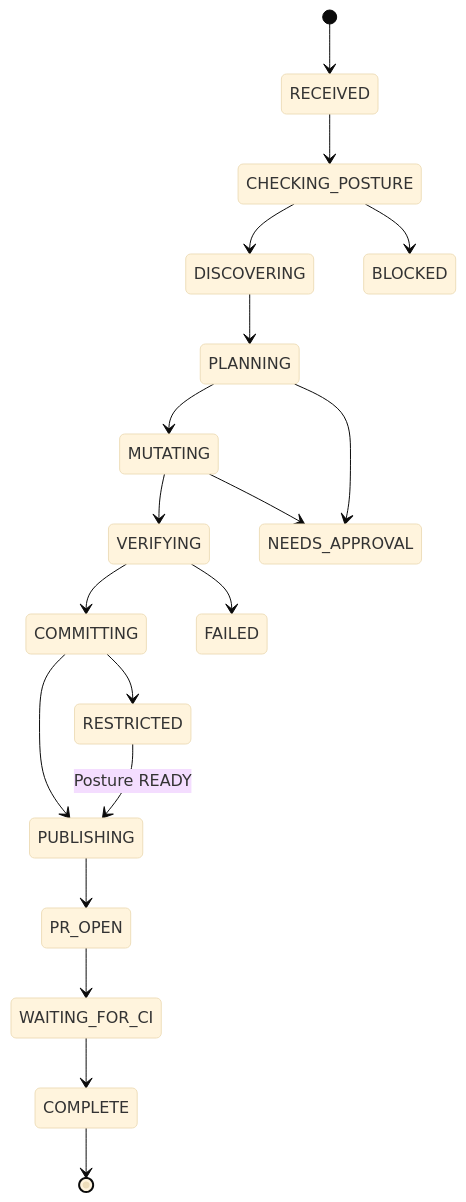
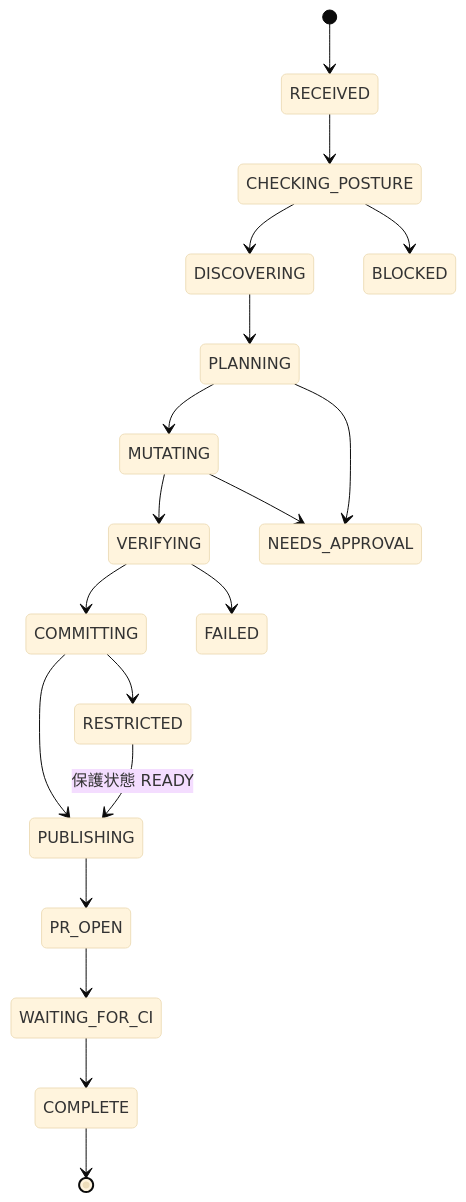
Before and after one commit to tomo-chan/agent-harness: the third of 4 diagrams in docs/ja/01-architecture.md, drawn with Mermaid (base theme). The commit also changed other lines of this file, not shown here.

````diff
--- a/docs/ja/01-architecture.md
+++ b/docs/ja/01-architecture.md
@@ -72,22 +80,22 @@
 ```mermaid
 stateDiagram-v2
     [*] --> RECEIVED
     RECEIVED --> CHECKING_POSTURE
     CHECKING_POSTURE --> DISCOVERING
     DISCOVERING --> PLANNING
     PLANNING --> MUTATING
     MUTATING --> VERIFYING
     VERIFYING --> COMMITTING
     COMMITTING --> PUBLISHING
     PUBLISHING --> PR_OPEN
     PR_OPEN --> WAITING_FOR_CI
     WAITING_FOR_CI --> COMPLETE
     COMPLETE --> [*]
 
     CHECKING_POSTURE --> BLOCKED
     COMMITTING --> RESTRICTED
-    RESTRICTED --> PUBLISHING: Posture READY
+    RESTRICTED --> PUBLISHING: 保護状態 READY
     PLANNING --> NEEDS_APPROVAL
     MUTATING --> NEEDS_APPROVAL
     VERIFYING --> FAILED
 ```
````
